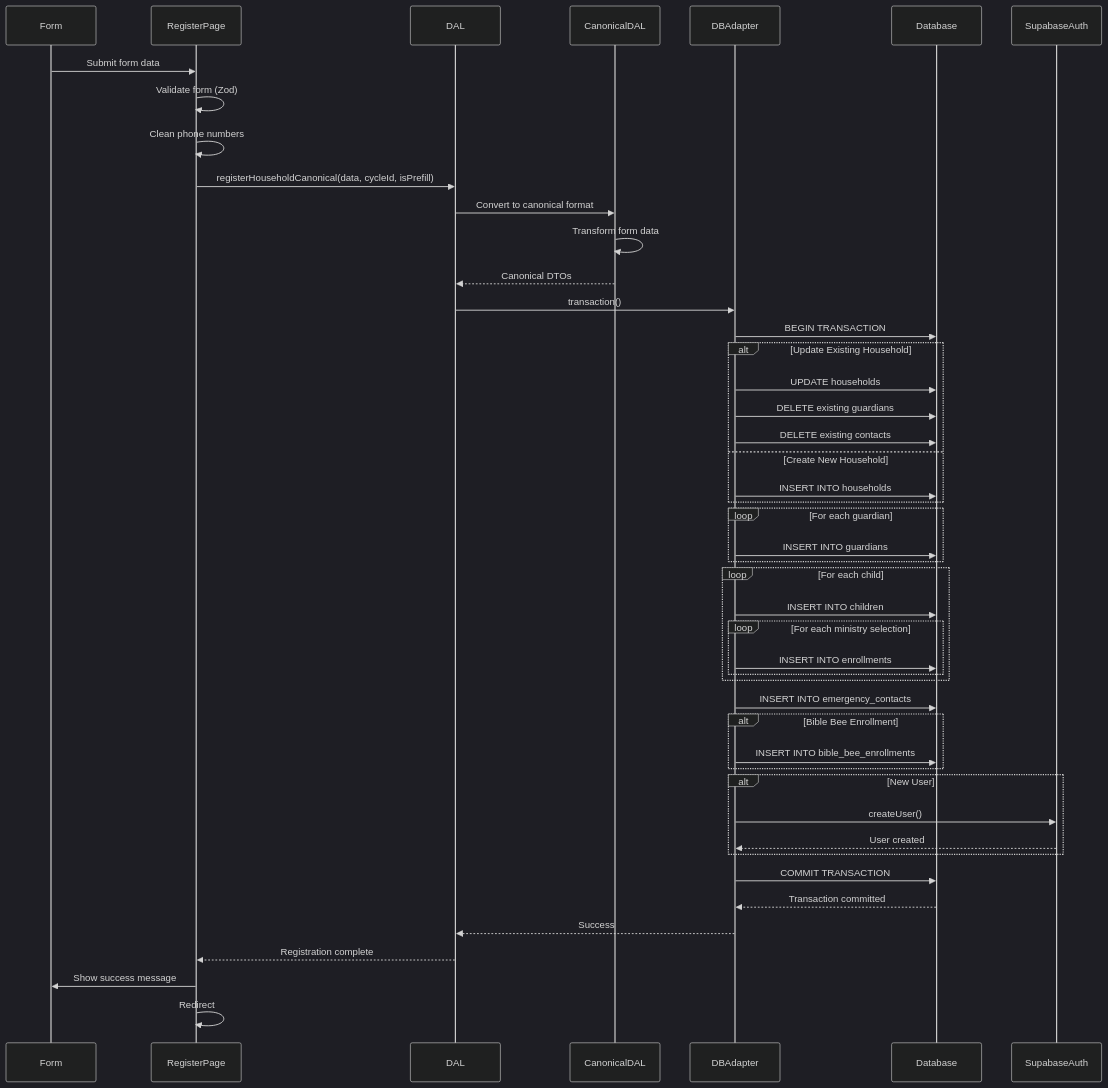
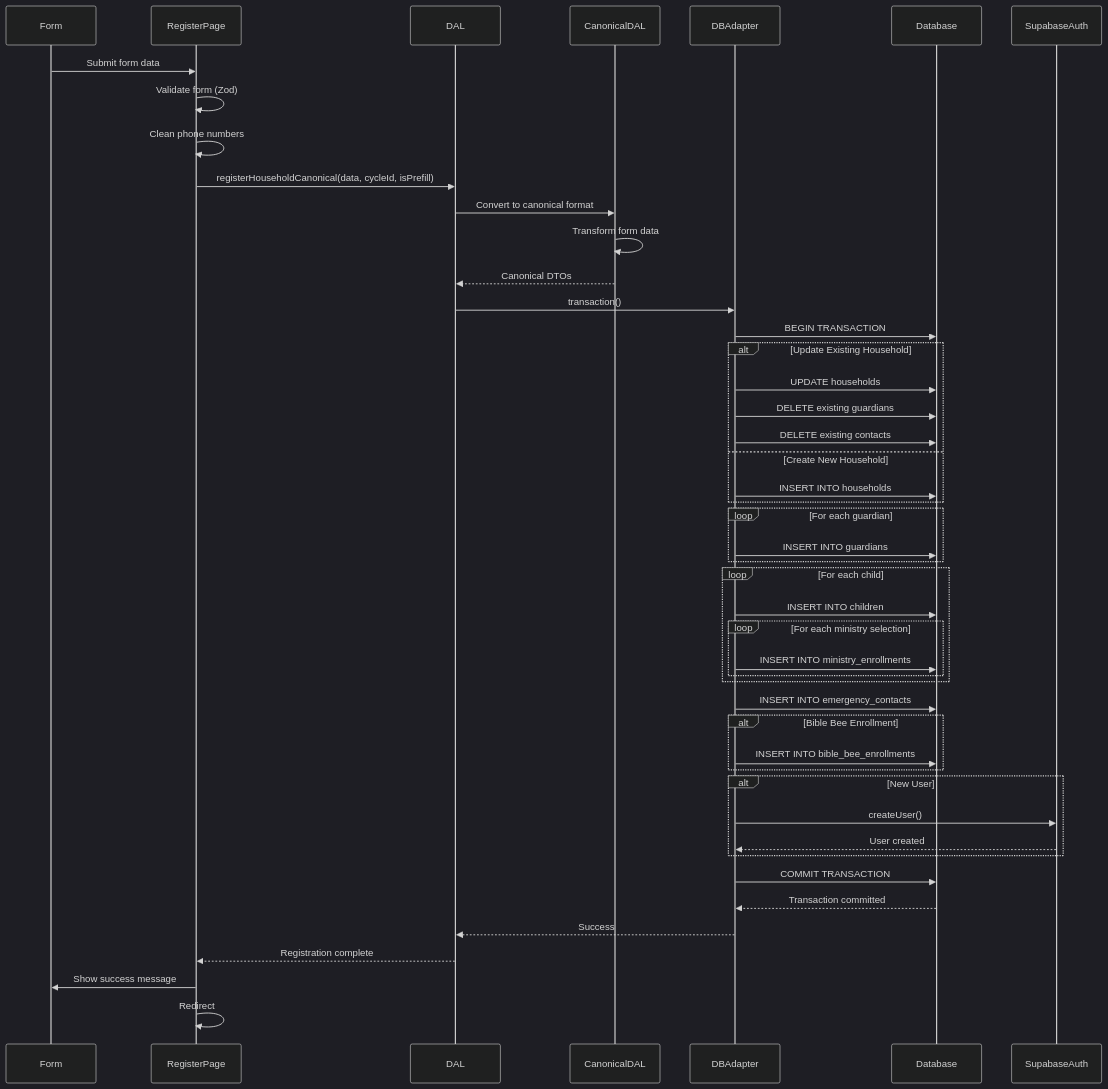
One commit to tzlukoma/gather-kids changed the diagram in docs/flows/shared/registration-flow.md. Above: the diagram before and after it, drawn with Mermaid (dark theme). The commit also changed other lines of this file and 1 other file, not shown here.

````diff
--- a/docs/flows/shared/registration-flow.md
+++ b/docs/flows/shared/registration-flow.md
@@ -134,59 +135,59 @@
 ```mermaid
 sequenceDiagram
     participant Form
     participant RegisterPage
     participant DAL
     participant CanonicalDAL
     participant DBAdapter
     participant Database
     participant SupabaseAuth
 
     Form->>RegisterPage: Submit form data
     RegisterPage->>RegisterPage: Validate form (Zod)
     RegisterPage->>RegisterPage: Clean phone numbers
     RegisterPage->>DAL: registerHouseholdCanonical(data, cycleId, isPrefill)
     
     DAL->>CanonicalDAL: Convert to canonical format
     CanonicalDAL->>CanonicalDAL: Transform form data
     CanonicalDAL-->>DAL: Canonical DTOs
     
     DAL->>DBAdapter: transaction()
     DBAdapter->>Database: BEGIN TRANSACTION
     
     alt Update Existing Household
         DBAdapter->>Database: UPDATE households
         DBAdapter->>Database: DELETE existing guardians
         DBAdapter->>Database: DELETE existing contacts
     else Create New Household
         DBAdapter->>Database: INSERT INTO households
     end
     
     loop For each guardian
         DBAdapter->>Database: INSERT INTO guardians
     end
     
     loop For each child
         DBAdapter->>Database: INSERT INTO children
         loop For each ministry selection
-            DBAdapter->>Database: INSERT INTO enrollments
+            DBAdapter->>Database: INSERT INTO ministry_enrollments
         end
     end
     
     DBAdapter->>Database: INSERT INTO emergency_contacts
     
     alt Bible Bee Enrollment
         DBAdapter->>Database: INSERT INTO bible_bee_enrollments
     end
     
     alt New User
         DBAdapter->>SupabaseAuth: createUser()
         SupabaseAuth-->>DBAdapter: User created
     end
     
     DBAdapter->>Database: COMMIT TRANSACTION
     Database-->>DBAdapter: Transaction committed
     DBAdapter-->>DAL: Success
     DAL-->>RegisterPage: Registration complete
     RegisterPage->>Form: Show success message
     RegisterPage->>RegisterPage: Redirect
 ```
````
